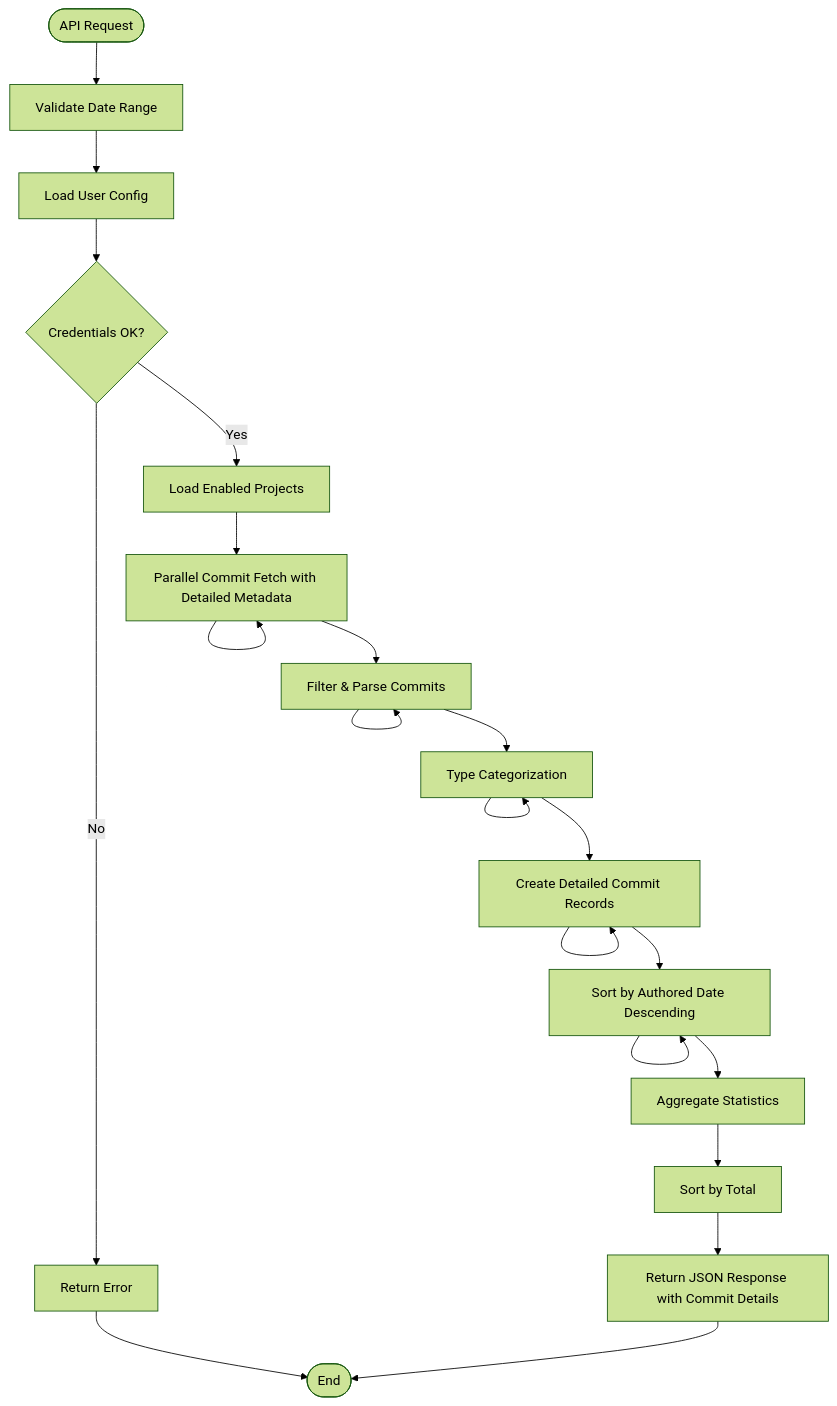
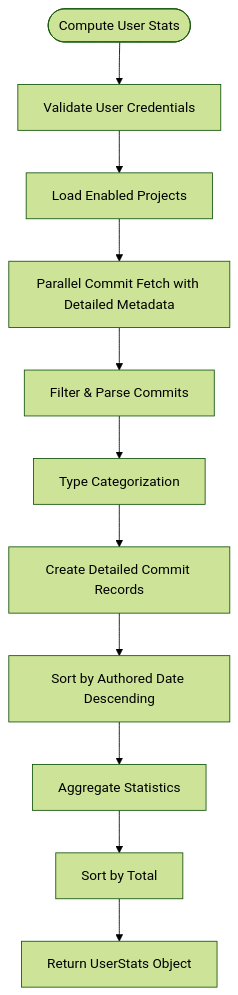
Before and after one commit to jrj444/git-daily: the fifth of 7 diagrams in .qoder/repowiki/en/content/Frontend Components/Commit Statistics Dashboard.md, drawn with Mermaid (forest theme). The commit also changed other lines of this file and 8 other files, not shown here.

````diff
--- a/.qoder/repowiki/en/content/Frontend Components/Commit Statistics Dashboard.md
+++ b/.qoder/repowiki/en/content/Frontend Components/Commit Statistics Dashboard.md
@@ -220,23 +267,13 @@
 ```mermaid
 flowchart TD
-Start([API Request]) --> Validate[Validate Date Range]
-Validate --> LoadUser[Load User Config]
-LoadUser --> CheckCreds{Credentials OK?}
-CheckCreds --> |No| Error[Return Error]
-CheckCreds --> |Yes| LoadProjects[Load Enabled Projects]
-LoadProjects --> FetchCommits[Parallel Commit Fetch with Detailed Metadata]
-FetchCommits --> FilterCommits[Filter & Parse Commits]
+Start([Compute User Stats]) --> Validate[Validate User Credentials]
+Validate --> LoadProjects[Load Enabled Projects]
+LoadProjects --> ParallelFetch[Parallel Commit Fetch with Detailed Metadata]
+ParallelFetch --> FilterCommits[Filter & Parse Commits]
 FilterCommits --> Categorize[Type Categorization]
 Categorize --> CreateCommitItems[Create Detailed Commit Records]
 CreateCommitItems --> SortCommits[Sort by Authored Date Descending]
 SortCommits --> Aggregate[Aggregate Statistics]
 Aggregate --> SortProjects[Sort by Total]
-SortProjects --> Return[Return JSON Response with Commit Details]
-Error --> End([End])
-Return --> End
-FetchCommits --> FetchCommits
-FilterCommits --> FilterCommits
-Categorize --> Categorize
-CreateCommitItems --> CreateCommitItems
-SortCommits --> SortCommits
+SortProjects --> Return[Return UserStats Object]
 ```
````
